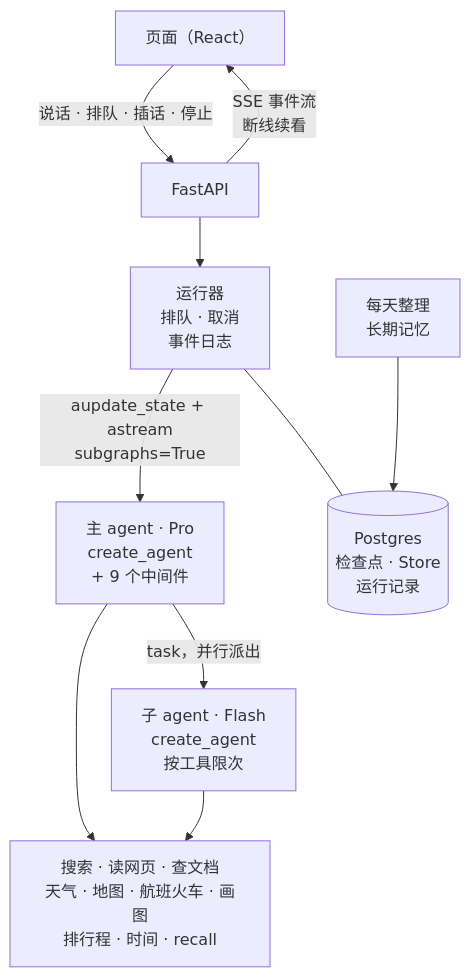
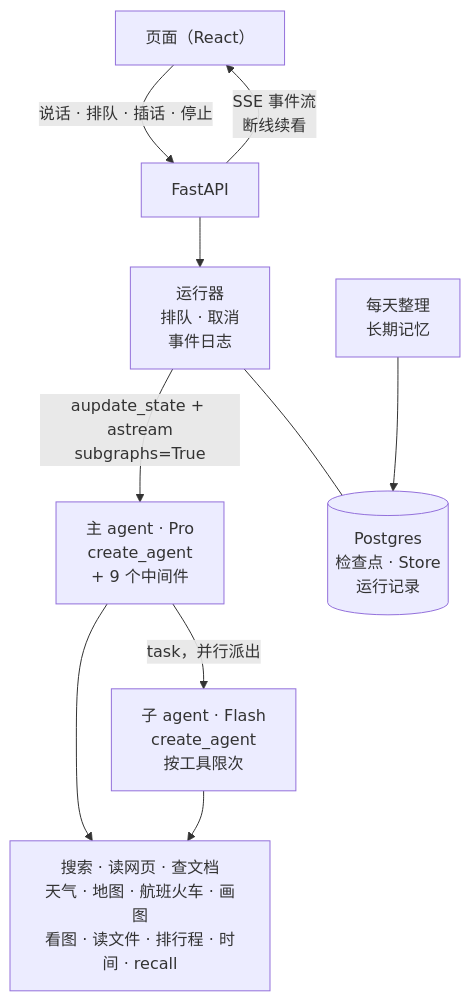
The diagram in README.md (HyxiaoGe/LingDraft), drawn with Mermaid before and after one commit. The commit also changed other lines of this file and 30 other files, not shown here.

````diff
--- a/README.md
+++ b/README.md
@@ -11,12 +11,12 @@
 ```mermaid
 flowchart TB
     UI["页面（React）"] -- "说话 · 排队 · 插话 · 停止" --> API["FastAPI"]
     API -- "SSE 事件流<br/>断线续看" --> UI
     API --> Runner["运行器<br/>排队 · 取消<br/>事件日志"]
     Runner -- "aupdate_state + astream<br/>subgraphs=True" --> Main["主 agent · Pro<br/>create_agent<br/>+ 9 个中间件"]
     Main -- "task，并行派出" --> Sub["子 agent · Flash<br/>create_agent<br/>按工具限次"]
-    Main --> Tools["搜索 · 读网页 · 查文档<br/>天气 · 地图 · 航班火车 · 画图<br/>排行程 · 时间 · recall"]
+    Main --> Tools["搜索 · 读网页 · 查文档<br/>天气 · 地图 · 航班火车 · 画图<br/>看图 · 读文件 · 排行程 · 时间 · recall"]
     Sub --> Tools
     Runner --- PG[("Postgres<br/>检查点 · Store<br/>运行记录")]
     Dream["每天整理<br/>长期记忆"] --> PG
 ```
````
